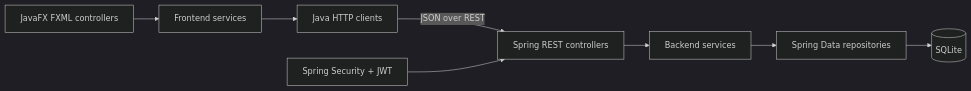
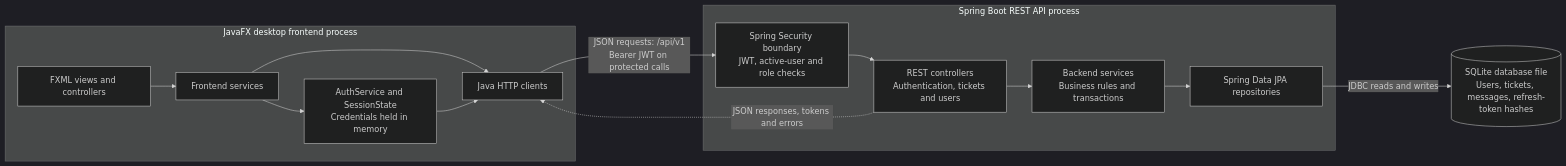
One commit to CS3227-2610-MP2-ResolveIT/CS3227-2610-MP2 changed the first of 6 diagrams in docs/DeveloperGuide.md. Above: the diagram before and after it, drawn with Mermaid (dark theme). The commit also changed other lines of this file, not shown here.

Commit message:
docs(developer-guide): expand architecture and engineering guide

````diff
--- a/docs/DeveloperGuide.md
+++ b/docs/DeveloperGuide.md
@@ -11,10 +113,25 @@
 ```mermaid
 flowchart LR
-    UI[JavaFX FXML controllers] --> FS[Frontend services]
-    FS --> HC[Java HTTP clients]
-    HC -->|JSON over REST| RC[Spring REST controllers]
-    RC --> BS[Backend services]
-    BS --> RP[Spring Data repositories]
-    RP --> DB[(SQLite)]
-    SEC[Spring Security + JWT] --> RC
+    subgraph Desktop["JavaFX desktop frontend process"]
+        UI["FXML views and controllers"]
+        FS["Frontend services"]
+        SESSION["AuthService and SessionState<br/>Credentials held in memory"]
+        HTTP["Java HTTP clients"]
+        UI --> FS
+        FS --> HTTP
+        FS --> SESSION
+        SESSION --> HTTP
+    end
+    subgraph Server["Spring Boot REST API process"]
+        SECURITY["Spring Security boundary<br/>JWT, active-user and role checks"]
+        API["REST controllers<br/>Authentication, tickets and users"]
+        BS["Backend services<br/>Business rules and transactions"]
+        RP["Spring Data JPA repositories"]
+        SECURITY --> API
+        API --> BS
+        BS --> RP
+    end
+    HTTP -->|"JSON requests: /api/v1<br/>Bearer JWT on protected calls"| SECURITY
+    API -.->|"JSON responses, tokens and errors"| HTTP
+    RP -->|"JDBC reads and writes"| DB[("SQLite database file<br/>Users, tickets, messages, refresh-token hashes")]
 ```
````
